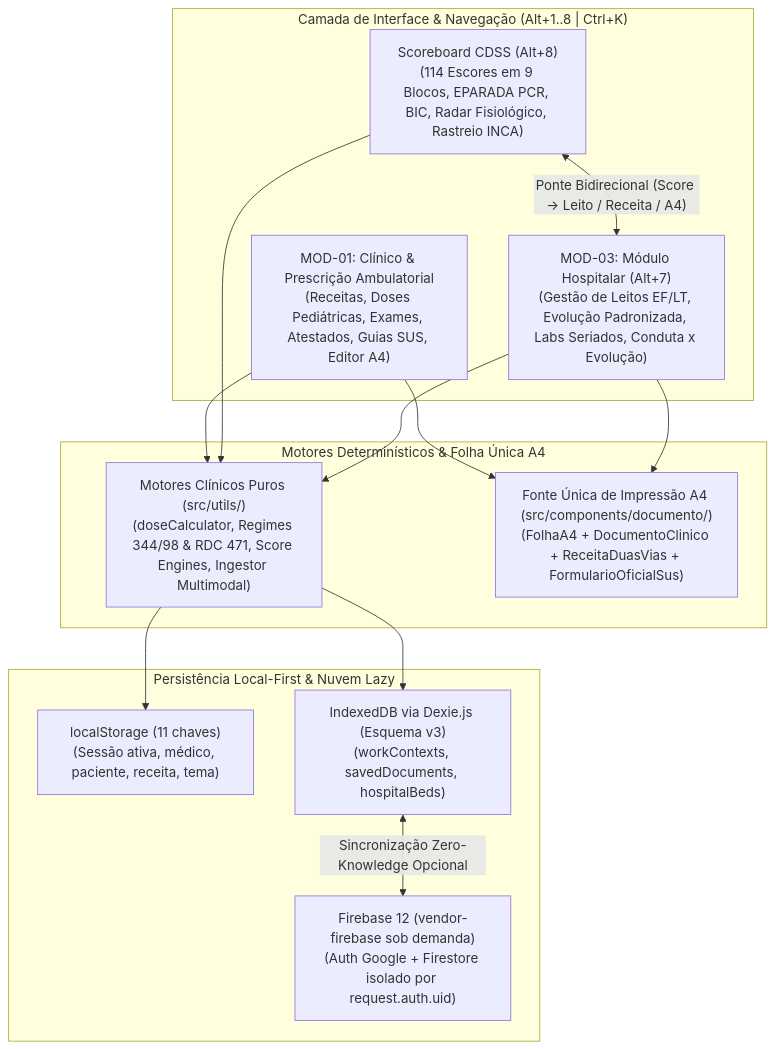
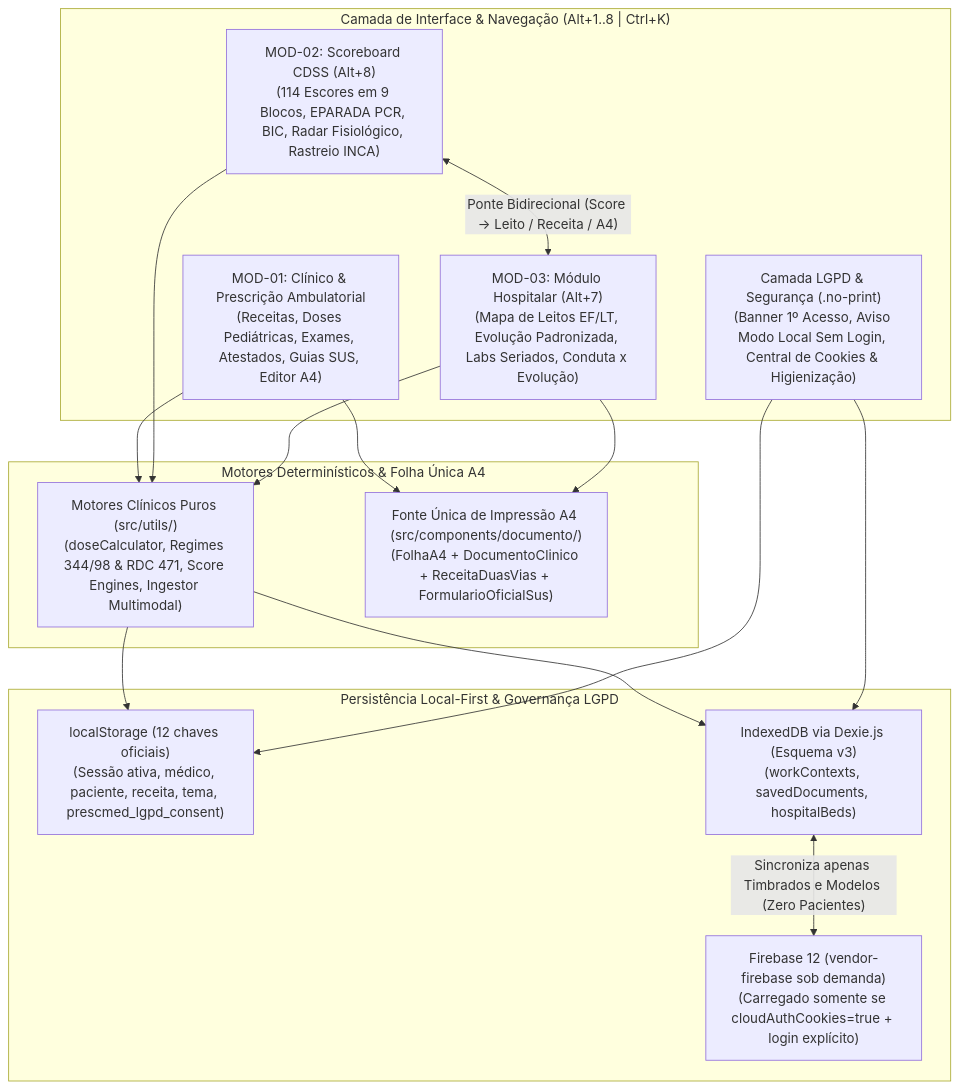
The diagram in README.md (melkidonadonmed-lgtm/PCM), drawn with Mermaid before and after one commit. The commit also changed other lines of this file and 11 other files, not shown here.

Commit message:
feat(lgpd): add cookie consent, no-login local notice, shift hygiene and update README

````diff
--- a/README.md
+++ b/README.md
@@ -25,29 +47,32 @@
 ```mermaid
 flowchart TD
     subgraph UI["Camada de Interface & Navegação (Alt+1..8 | Ctrl+K)"]
         MOD01["MOD-01: Clínico & Prescrição Ambulatorial\n(Receitas, Doses Pediátricas, Exames, Atestados, Guias SUS, Editor A4)"]
-        CDSS["Scoreboard CDSS (Alt+8)\n(114 Escores em 9 Blocos, EPARADA PCR, BIC, Radar Fisiológico, Rastreio INCA)"]
-        MOD03["MOD-03: Módulo Hospitalar (Alt+7)\n(Gestão de Leitos EF/LT, Evolução Padronizada, Labs Seriados, Conduta x Evolução)"]
+        CDSS["MOD-02: Scoreboard CDSS (Alt+8)\n(114 Escores em 9 Blocos, EPARADA PCR, BIC, Radar Fisiológico, Rastreio INCA)"]
+        MOD03["MOD-03: Módulo Hospitalar (Alt+7)\n(Mapa de Leitos EF/LT, Evolução Padronizada, Labs Seriados, Conduta x Evolução)"]
+        LGPD_UI["Camada LGPD & Segurança (.no-print)\n(Banner 1º Acesso, Aviso Modo Local Sem Login, Central de Cookies & Higienização)"]
     end
 
     subgraph CORE["Motores Determinísticos & Folha Única A4"]
         ENG["Motores Clínicos Puros (src/utils/)\n(doseCalculator, Regimes 344/98 & RDC 471, Score Engines, Ingestor Multimodal)"]
         A4["Fonte Única de Impressão A4 (src/components/documento/)\n(FolhaA4 + DocumentoClinico + ReceitaDuasVias + FormularioOficialSus)"]
     end
 
-    subgraph STORAGE["Persistência Local-First & Nuvem Lazy"]
-        LS["localStorage (11 chaves)\n(Sessão ativa, médico, paciente, receita, tema)"]
+    subgraph STORAGE["Persistência Local-First & Governança LGPD"]
+        LS["localStorage (12 chaves oficiais)\n(Sessão ativa, médico, paciente, receita, tema, prescmed_lgpd_consent)"]
         IDB["IndexedDB via Dexie.js (Esquema v3)\n(workContexts, savedDocuments, hospitalBeds)"]
-        CLOUD["Firebase 12 (vendor-firebase sob demanda)\n(Auth Google + Firestore isolado por request.auth.uid)"]
+        CLOUD["Firebase 12 (vendor-firebase sob demanda)\n(Carregado somente se cloudAuthCookies=true + login explícito)"]
     end
 
     MOD01 --> ENG
     CDSS <-->|"Ponte Bidirecional (Score -> Leito / Receita / A4)"| MOD03
     CDSS --> ENG
     MOD03 --> ENG
     MOD01 --> A4
     MOD03 --> A4
     ENG --> LS
     ENG --> IDB
-    IDB <-->|"Sincronização Zero-Knowledge Opcional"| CLOUD
+    LGPD_UI --> LS
+    LGPD_UI --> IDB
+    IDB <-->|"Sincroniza apenas Timbrados e Modelos (Zero Pacientes)"| CLOUD
 ```
````
